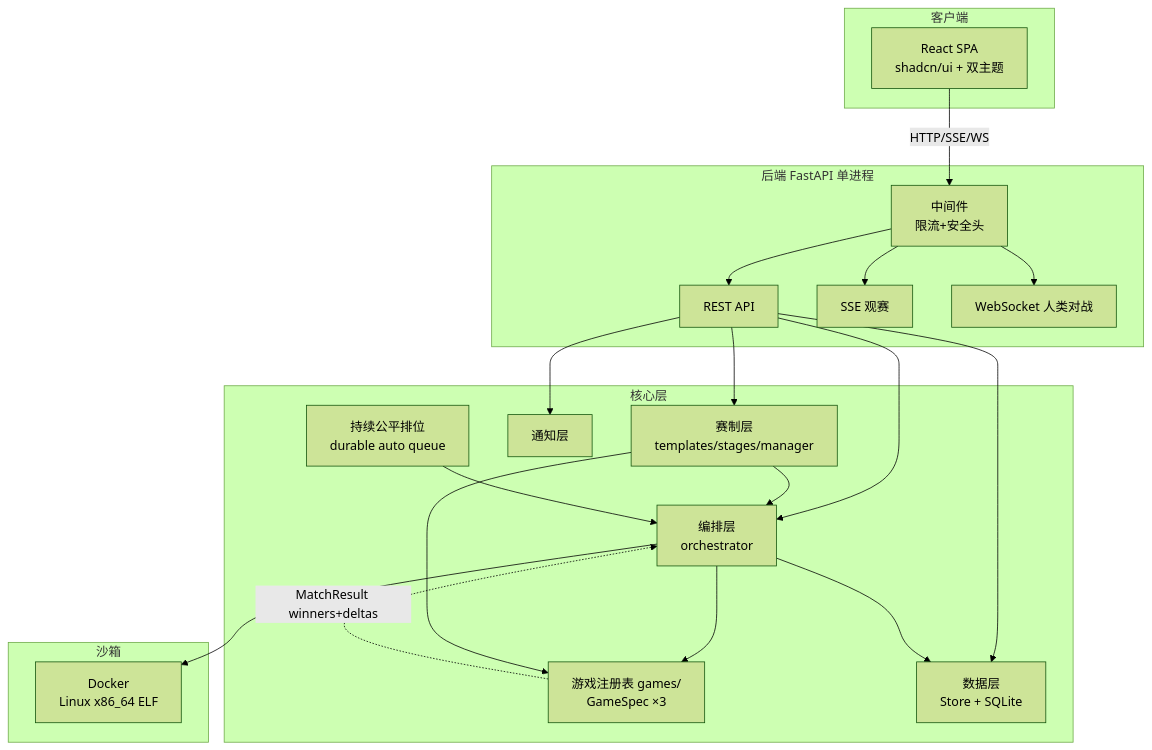
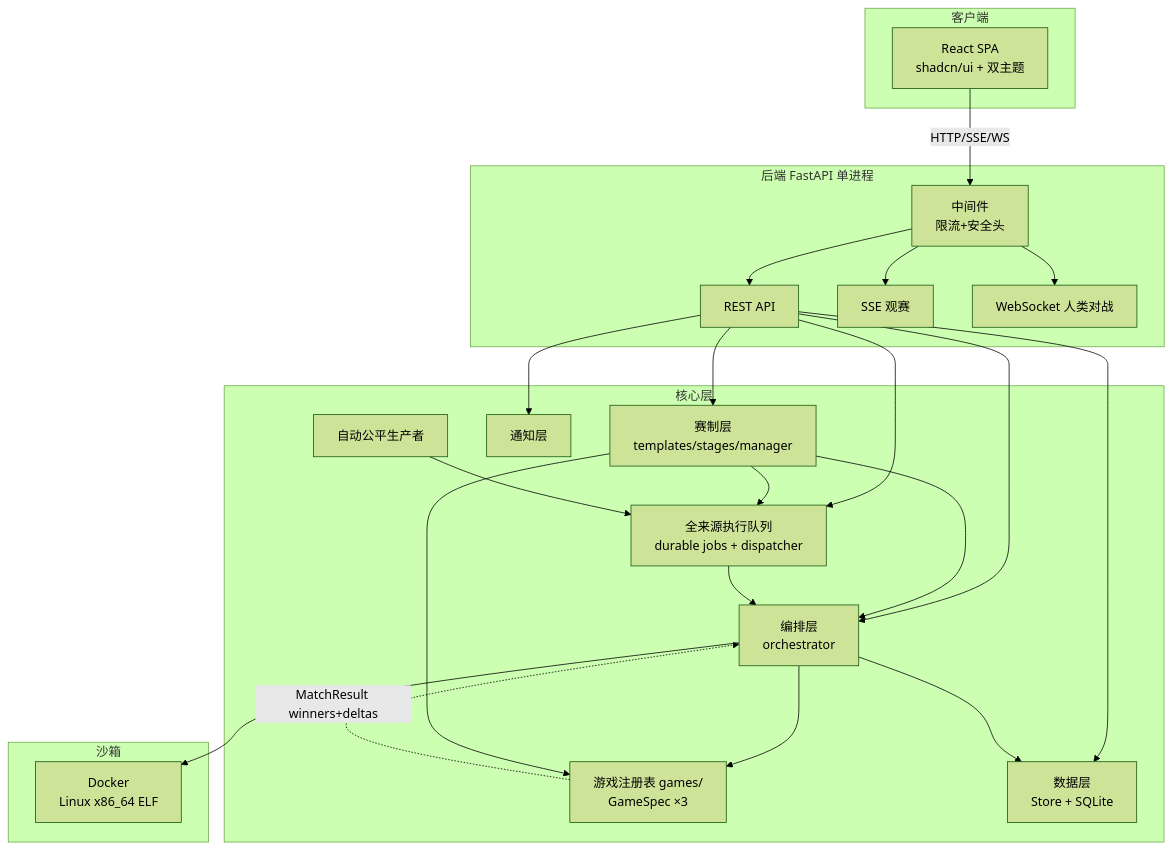
Before and after one commit to zhouzixiang1/botbattle: the first of 2 diagrams in doc/DESIGN.md, drawn with Mermaid (forest theme). The commit also changed other lines of this file and 80 other files, not shown here.

````diff
--- a/doc/DESIGN.md
+++ b/doc/DESIGN.md
@@ -11,33 +11,37 @@
 ```mermaid
 graph TB
     subgraph 客户端
         FE[React SPA<br/>shadcn/ui + 双主题]
     end
     subgraph 后端 FastAPI 单进程
         API[REST API]
         SSE[SSE 观赛]
         WS[WebSocket 人类对战]
         MW[中间件<br/>限流+安全头]
     end
     subgraph 核心层
         ORCH[编排层<br/>orchestrator]
         GAMES[游戏注册表 games/<br/>GameSpec ×3]
         CONTEST[赛制层<br/>templates/stages/manager]
         STORE[数据层<br/>Store + SQLite]
         NOTIFY[通知层]
-        AUTO[持续公平排位<br/>durable auto queue]
+        EXEC[全来源执行队列<br/>durable jobs + dispatcher]
+        AUTO[自动公平生产者]
     end
     subgraph 沙箱
         DOCKER[Docker<br/>Linux x86_64 ELF]
     end
     FE -->|HTTP/SSE/WS| MW
     MW --> API & SSE & WS
     API --> ORCH & CONTEST & STORE & NOTIFY
     ORCH --> GAMES
     ORCH --> DOCKER
     ORCH --> STORE
     CONTEST --> ORCH
     CONTEST --> GAMES
-    AUTO --> ORCH
+    API --> EXEC
+    CONTEST --> EXEC
+    AUTO --> EXEC
+    EXEC --> ORCH
     GAMES -.->|MatchResult winners+deltas| ORCH
 ```
````
